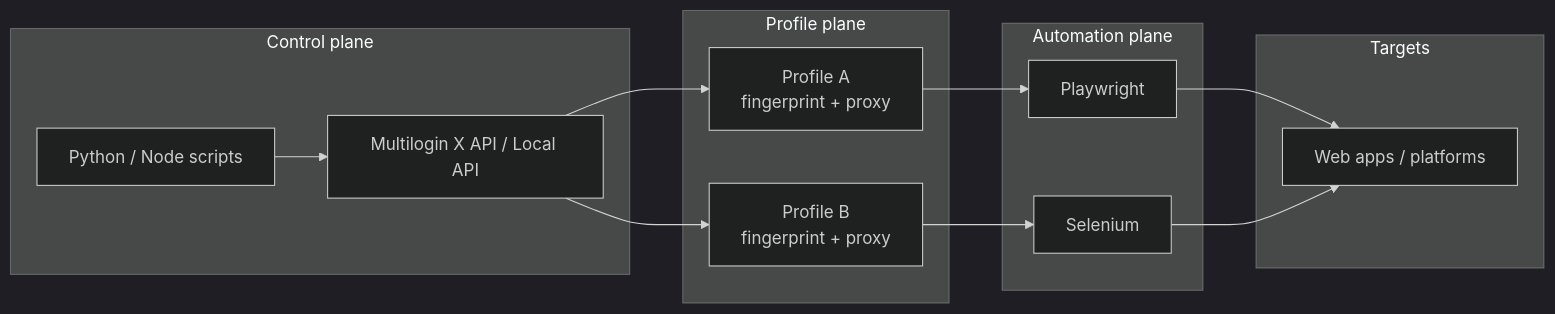
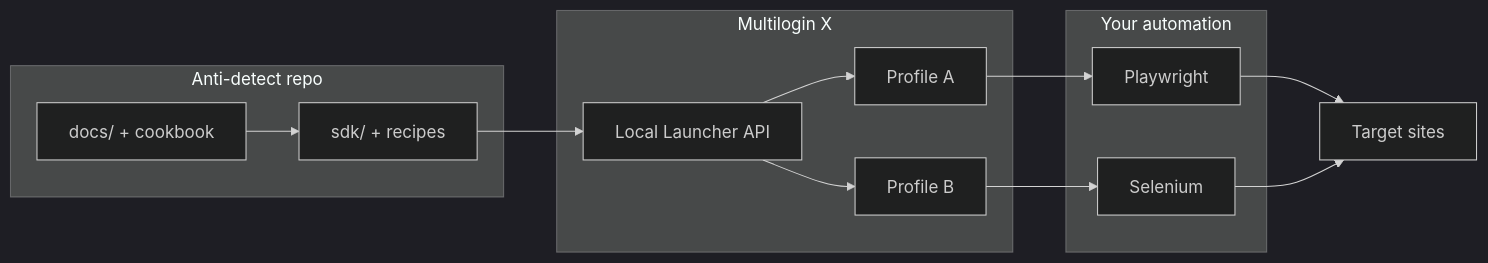
The diagram in docs/architecture.md (Anti-detect/Anti-detect), drawn with Mermaid (dark theme) before and after one commit. The commit also changed other lines of this file and 45 other files, not shown here.

````diff
--- a/docs/architecture.md
+++ b/docs/architecture.md
@@ -7,25 +7,24 @@
 ```mermaid
 flowchart LR
-  subgraph control["Control plane"]
-    API["Multilogin X API / Local API"]
-    Scripts["Python / Node scripts"]
+  subgraph repo["Anti-detect repo"]
+    SDK["sdk/ + recipes"]
+    DOC["docs/ + cookbook"]
   end
-  subgraph profiles["Profile plane"]
-    P1["Profile A\nfingerprint + proxy"]
-    P2["Profile B\nfingerprint + proxy"]
+  subgraph mlx["Multilogin X"]
+    API["Local Launcher API"]
+    P1["Profile A"]
+    P2["Profile B"]
   end
-  subgraph automation["Automation plane"]
+  subgraph auto["Your automation"]
     PW["Playwright"]
     SE["Selenium"]
   end
-  subgraph targets["Targets"]
-    WEB["Web apps / platforms"]
-  end
-  Scripts --> API
+  SDK --> API
+  DOC --> SDK
   API --> P1
   API --> P2
   P1 --> PW
   P2 --> SE
-  PW --> WEB
+  PW --> WEB["Target sites"]
   SE --> WEB
 ```
````
